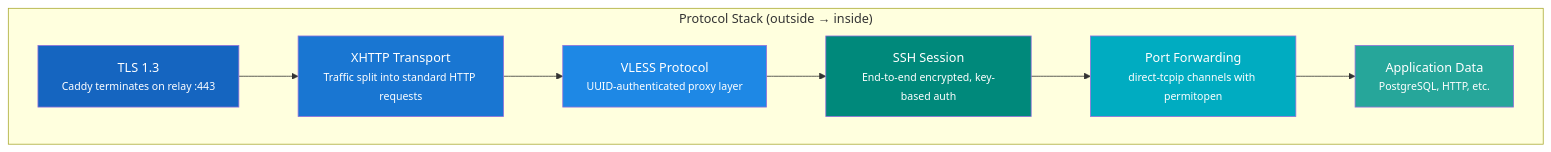
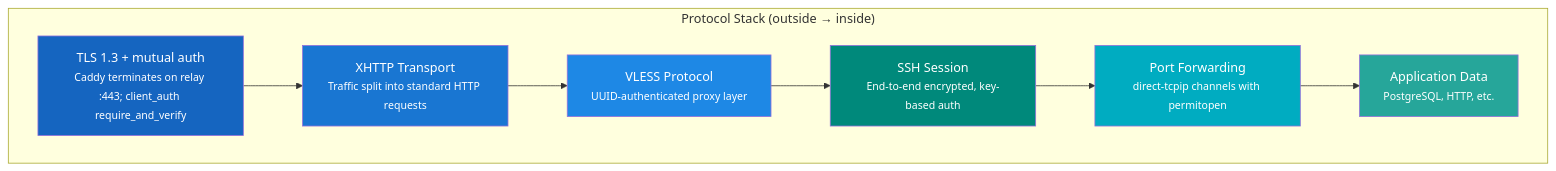
One commit to Tunnel-Whisperer/Tunnel-Whisperer changed the first of 2 diagrams in docs/architecture/solution-strategy.md. Above: the diagram before and after it, drawn with Mermaid. The commit also changed other lines of this file and 34 other files, not shown here.

Commit message:
cert relay auth tested and confimed , docs updated

````diff
--- a/docs/architecture/solution-strategy.md
+++ b/docs/architecture/solution-strategy.md
@@ -7,20 +7,20 @@
 ```mermaid
 graph TB
     subgraph "Protocol Stack (outside → inside)"
-        TLS["TLS 1.3<br/><small>Caddy terminates on relay :443</small>"]
+        TLS["TLS 1.3 + mutual auth<br/><small>Caddy terminates on relay :443; client_auth require_and_verify</small>"]
         HTTP["XHTTP Transport<br/><small>Traffic split into standard HTTP requests</small>"]
         VLESS["VLESS Protocol<br/><small>UUID-authenticated proxy layer</small>"]
         SSH["SSH Session<br/><small>End-to-end encrypted, key-based auth</small>"]
         FWD["Port Forwarding<br/><small>direct-tcpip channels with permitopen</small>"]
         APP["Application Data<br/><small>PostgreSQL, HTTP, etc.</small>"]
     end
 
     TLS --> HTTP --> VLESS --> SSH --> FWD --> APP
 
     style TLS fill:#1565C0,color:#fff
     style HTTP fill:#1976D2,color:#fff
     style VLESS fill:#1E88E5,color:#fff
     style SSH fill:#00897B,color:#fff
     style FWD fill:#00ACC1,color:#fff
     style APP fill:#26A69A,color:#fff
 ```
````
